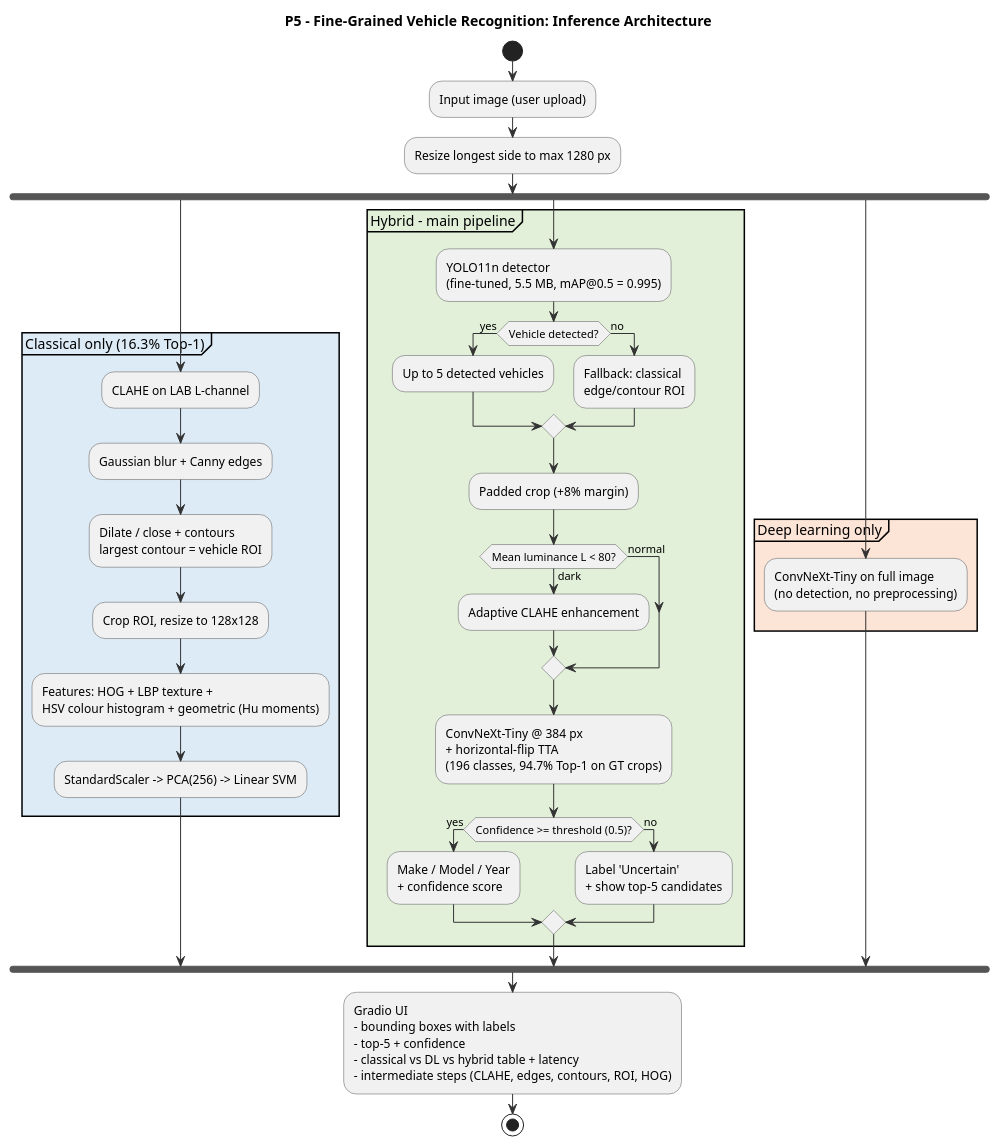
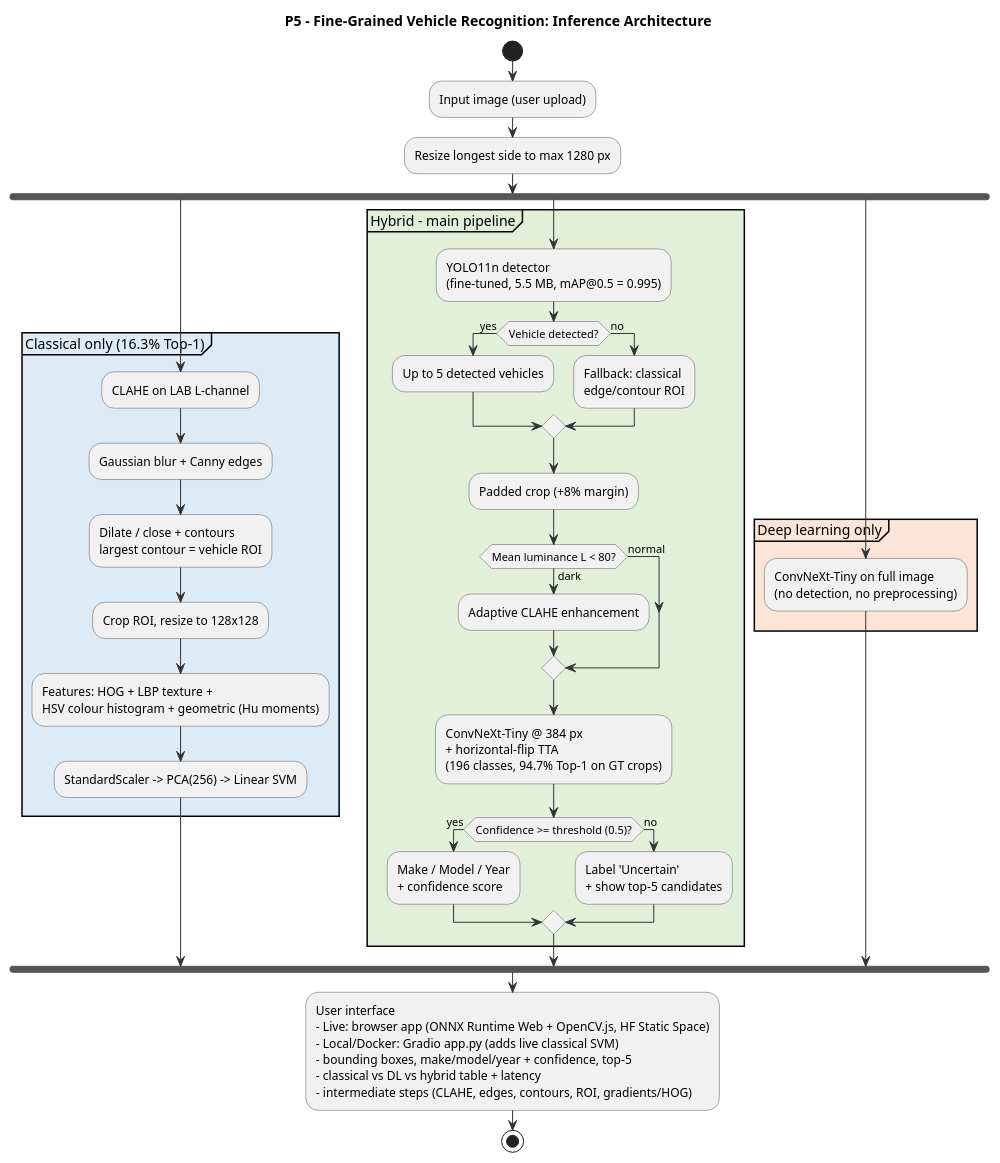
One commit to venessa3105-hash/cv-hackathon-p5 changed the diagram in docs/architecture.puml. Above: the diagram before and after it, drawn with PlantUML. The commit also changed 8 other files, not shown here.

Commit message:
Add README, design doc, web app, updated diagrams

```diff
--- a/docs/architecture.puml
+++ b/docs/architecture.puml
@@ -1,48 +1,48 @@
 @startuml
 title P5 - Fine-Grained Vehicle Recognition: Inference Architecture
 skinparam defaultFontName Arial
 skinparam ActivityBorderColor #555555
 skinparam ArrowColor #333333
 
 start
 :Input image (user upload);
 :Resize longest side to max 1280 px;
 
 fork
   partition #DDEBF7 "Classical only (16.3% Top-1)" {
     :CLAHE on LAB L-channel;
     :Gaussian blur + Canny edges;
     :Dilate / close + contours\nlargest contour = vehicle ROI;
     :Crop ROI, resize to 128x128;
     :Features: HOG + LBP texture +\nHSV colour histogram + geometric (Hu moments);
     :StandardScaler -> PCA(256) -> Linear SVM;
   }
 fork again
   partition #E2F0D9 "Hybrid - main pipeline" {
     :YOLO11n detector\n(fine-tuned, 5.5 MB, mAP@0.5 = 0.995);
     if (Vehicle detected?) then (yes)
       :Up to 5 detected vehicles;
     else (no)
       :Fallback: classical\nedge/contour ROI;
     endif
     :Padded crop (+8% margin);
     if (Mean luminance L < 80?) then (dark)
       :Adaptive CLAHE enhancement;
     else (normal)
     endif
     :ConvNeXt-Tiny @ 384 px\n+ horizontal-flip TTA\n(196 classes, 94.7% Top-1 on GT crops);
     if (Confidence >= threshold (0.5)?) then (yes)
       :Make / Model / Year\n+ confidence score;
     else (no)
       :Label 'Uncertain'\n+ show top-5 candidates;
     endif
   }
 fork again
   partition #FCE4D6 "Deep learning only" {
     :ConvNeXt-Tiny on full image\n(no detection, no preprocessing);
   }
 end fork
 
-:Gradio UI\n- bounding boxes with labels\n- top-5 + confidence\n- classical vs DL vs hybrid table + latency\n- intermediate steps (CLAHE, edges, contours, ROI, HOG);
+:User interface\n- Live: browser app (ONNX Runtime Web + OpenCV.js, HF Static Space)\n- Local/Docker: Gradio app.py (adds live classical SVM)\n- bounding boxes, make/model/year + confidence, top-5\n- classical vs DL vs hybrid table + latency\n- intermediate steps (CLAHE, edges, contours, ROI, gradients/HOG);
 stop
 @enduml
```
